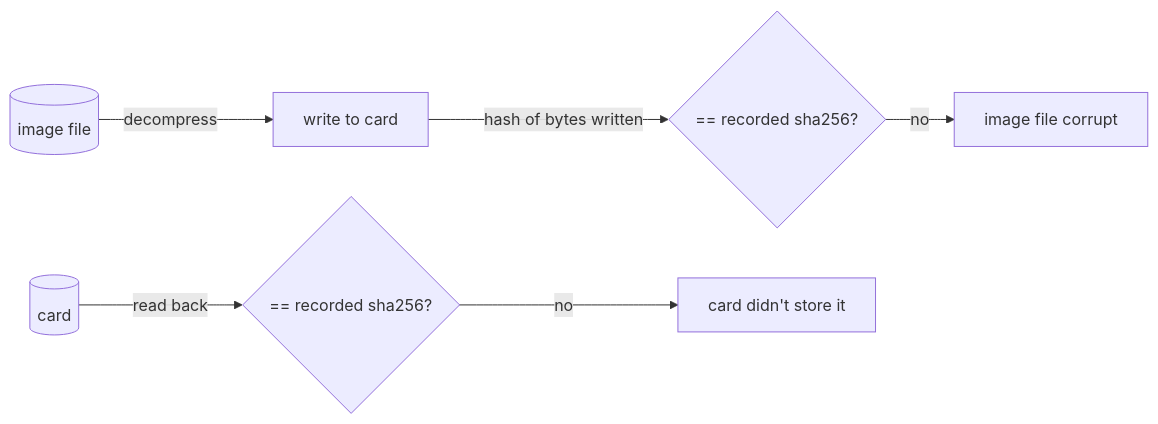
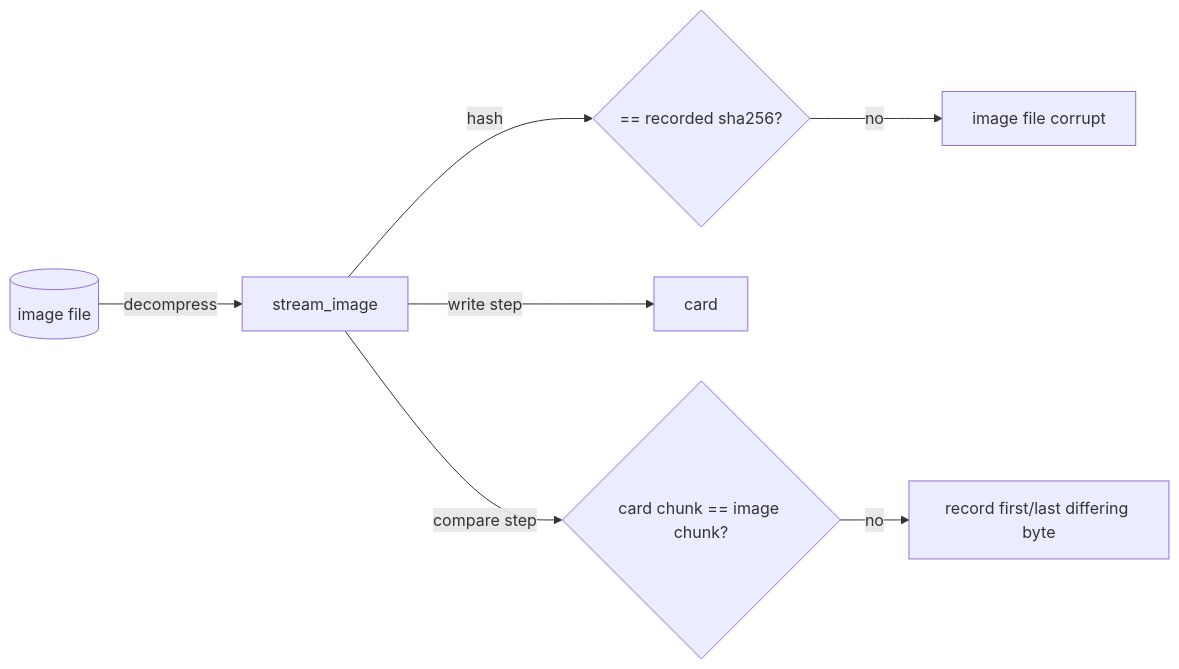
The diagram in process/01-literate/10-transfer.md (Boston-Robot-Hackers/microsd-utils), drawn with Mermaid before and after one commit. The commit also changed other lines of this file and 40 other files, not shown here.

````diff
--- a/process/01-literate/10-transfer.md
+++ b/process/01-literate/10-transfer.md
@@ -35,8 +49,9 @@
 ```mermaid
 flowchart LR
-    I[(image file)] -->|decompress| W[write to card]
-    W -->|hash of bytes written| H1{== recorded sha256?}
-    C[(card)] -->|read back| H2{== recorded sha256?}
-    H1 -- no --> E1["image file corrupt"]
-    H2 -- no --> E2["card didn't store it"]
+    I[(image file)] -->|decompress| S[stream_image]
+    S -->|hash| H{== recorded sha256?}
+    H -- no --> E1["image file corrupt"]
+    S -->|write step| W[card]
+    S -->|compare step| C{card chunk == image chunk?}
+    C -- no --> D["record first/last differing byte"]
 ```
````
